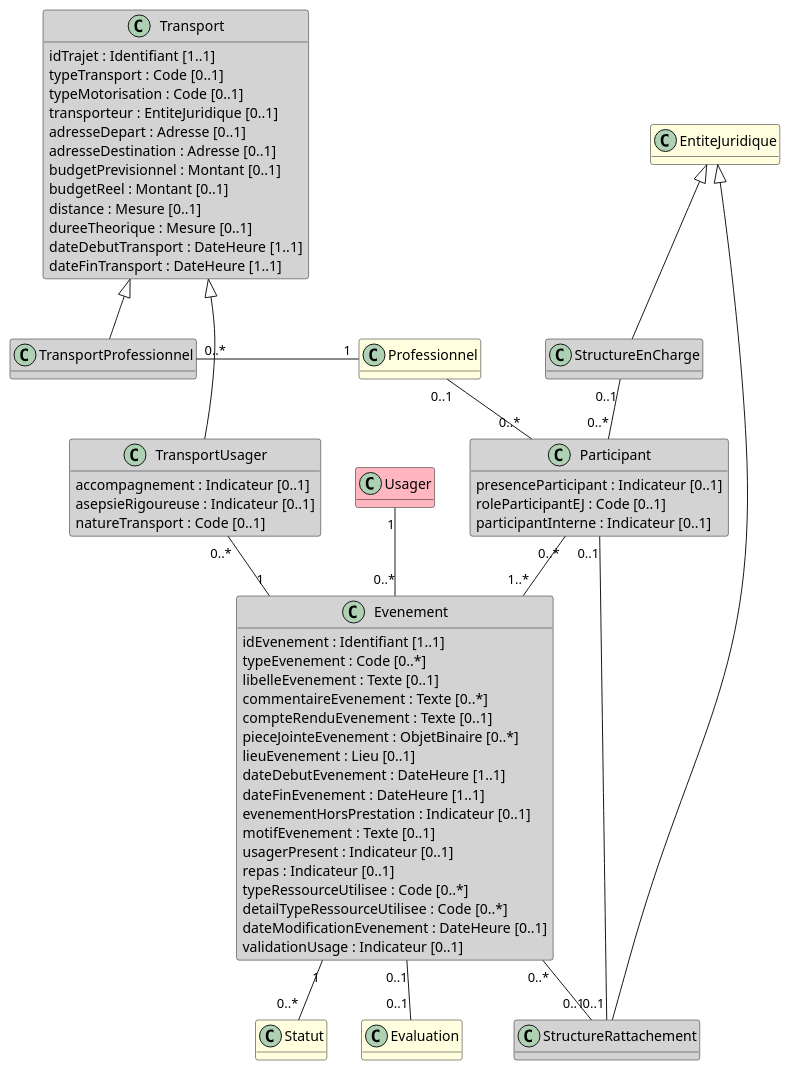
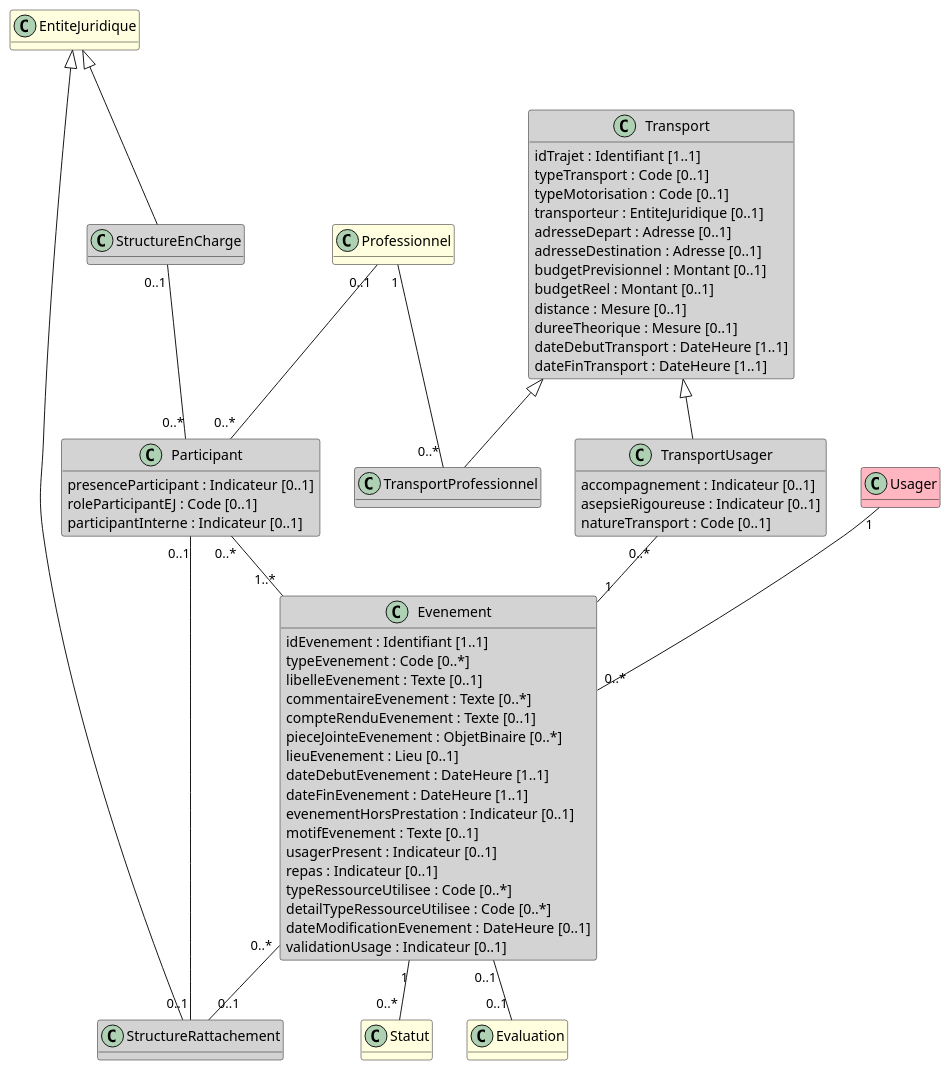
The diagram in input/images-source/bloc_evenement.plantuml (ansforge/IG-fhir-medicosocial-transfert-donnees-dui), drawn with PlantUML before and after one commit.

```diff
--- a/input/images-source/bloc_evenement.plantuml
+++ b/input/images-source/bloc_evenement.plantuml
@@ -1,87 +1,88 @@
 @startuml
 
 hide empty methods
 
 class Usager #LightPink
 
 class TransportProfessionnel #LightGray
 
 class Evaluation #LightYellow
 
 class Professionnel #LightYellow
 
 class EntiteJuridique #LightYellow
 
 class StructureEnCharge #LightGray
 
 class StructureRattachement #LightGray
 
 class Statut #LightYellow 
 
 class Transport #LightGray {
     idTrajet : Identifiant [1..1]
     typeTransport : Code [0..1]
     typeMotorisation : Code [0..1]
     transporteur : EntiteJuridique [0..1]
     adresseDepart : Adresse [0..1]
     adresseDestination : Adresse [0..1]
     budgetPrevisionnel : Montant [0..1]
     budgetReel : Montant [0..1]
     distance : Mesure [0..1]
     dureeTheorique : Mesure [0..1]
     dateDebutTransport : DateHeure [1..1]
     dateFinTransport : DateHeure [1..1]
 }
 
 class TransportUsager #LightGray {
     accompagnement : Indicateur [0..1]
     asepsieRigoureuse : Indicateur [0..1]
     natureTransport : Code [0..1]
 }
 
 class Evenement #LightGray {
     idEvenement : Identifiant [1..1]
     typeEvenement : Code [0..*]
     libelleEvenement : Texte [0..1]
     commentaireEvenement : Texte [0..*]
     compteRenduEvenement : Texte [0..1]
     pieceJointeEvenement : ObjetBinaire [0..*]
     lieuEvenement : Lieu [0..1]
     dateDebutEvenement : DateHeure [1..1]
     dateFinEvenement : DateHeure [1..1]
     evenementHorsPrestation : Indicateur [0..1]
     motifEvenement : Texte [0..1]
     usagerPresent : Indicateur [0..1]
     repas : Indicateur [0..1]
     typeRessourceUtilisee : Code [0..*]
     detailTypeRessourceUtilisee : Code [0..*]
     dateModificationEvenement : DateHeure [0..1]
     validationUsage : Indicateur [0..1]
 }
 
 class Participant #LightGray {
     presenceParticipant : Indicateur [0..1]
     roleParticipantEJ : Code [0..1]
     participantInterne : Indicateur [0..1]
 }
 
 Usager "1" -- "0..*" Evenement
 Participant "0..*" -- "1..*" Evenement
-Professionnel "0..1" -- "0..*" Participant
+Professionnel "0..1" - "0..*" Participant
 
 Transport <|-- TransportProfessionnel
 Transport <|-- TransportUsager
 
 TransportUsager "0..*" -- "1" Evenement
-TransportProfessionnel "0..*" - "1" Professionnel
+Professionnel "1" -- "0..*" TransportProfessionnel
+
 Evenement "0..1" -- "0..1" Evaluation
 Evenement "1" -- "0..*" Statut
 
 EntiteJuridique <|-- StructureEnCharge
-EntiteJuridique <|-- StructureRattachement
+EntiteJuridique <|- StructureRattachement
 
 StructureEnCharge "0..1" -- "0..*" Participant
-StructureRattachement "0..1" -- "0..1" Participant
+StructureRattachement "0..1" - "0..1" Participant
 Evenement "0..*" -- "0..1" StructureRattachement
 
 @enduml
```
